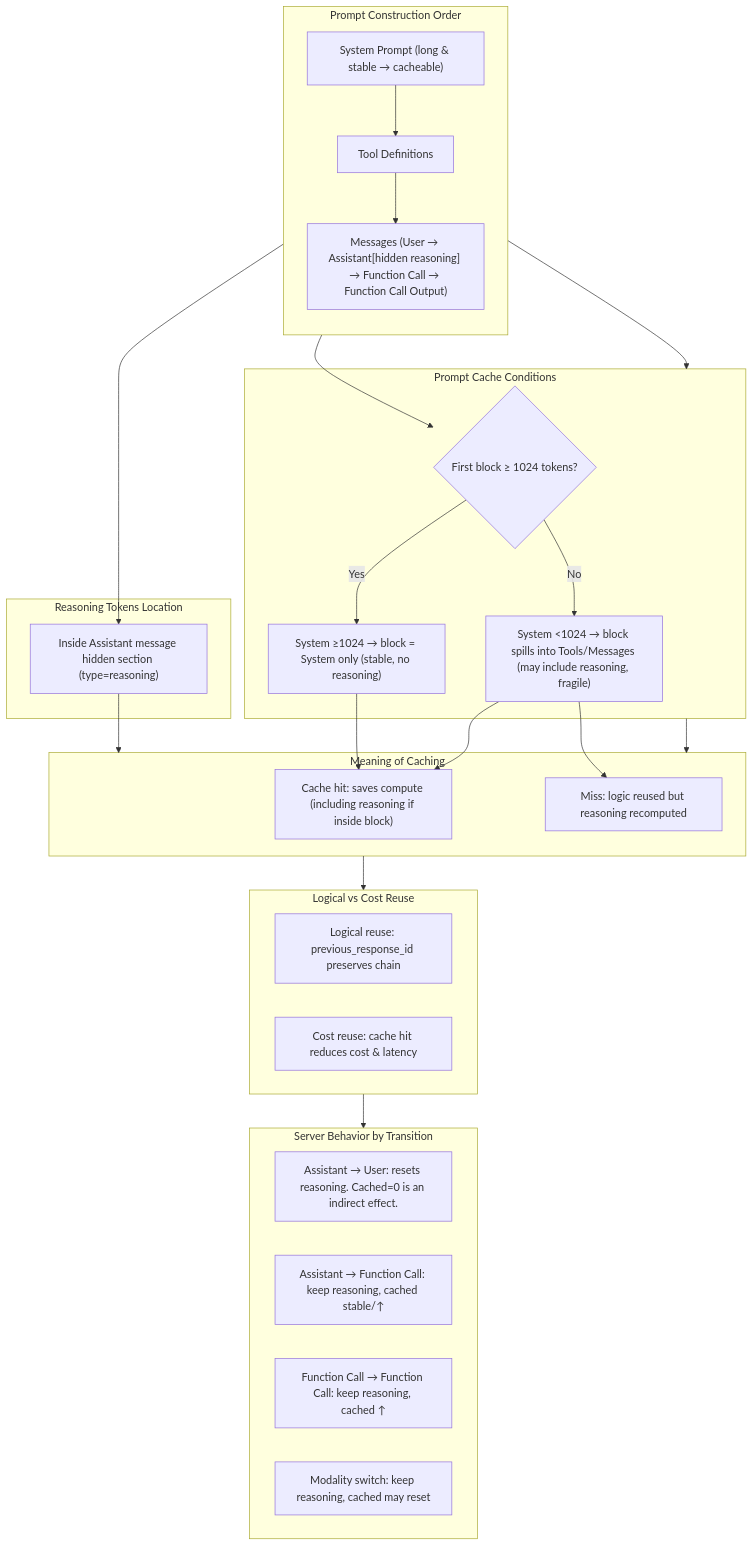
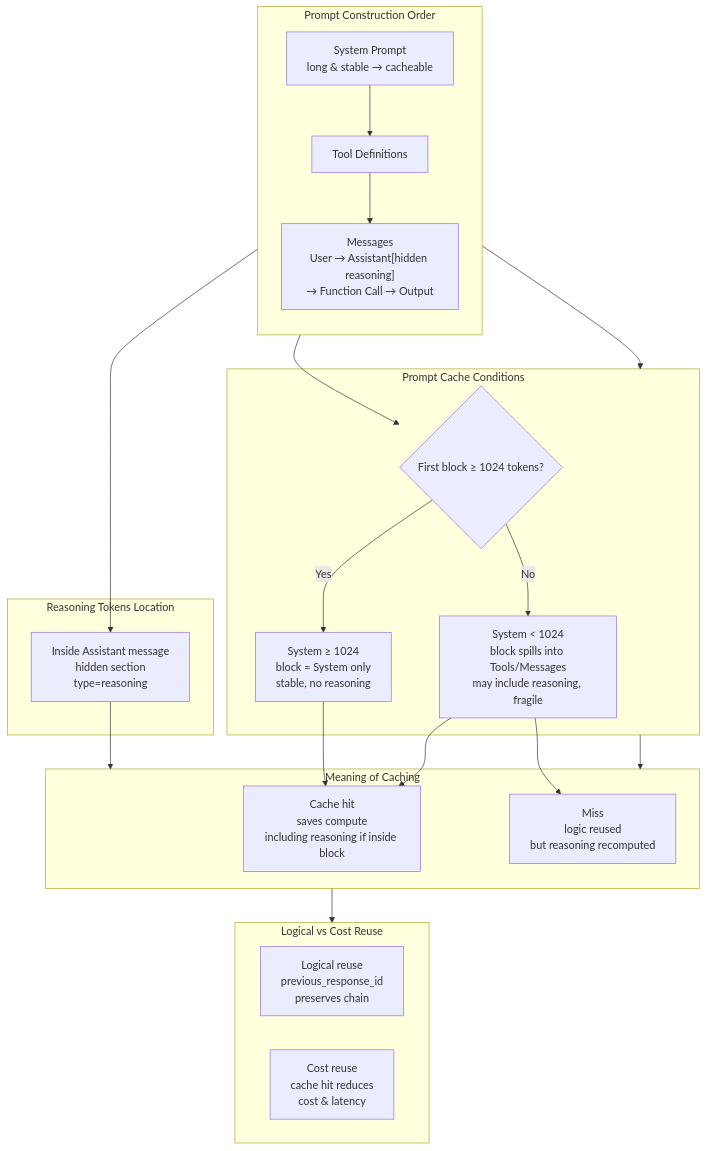
Before and after one commit to david-xinyuwei/david-share: the diagram in Agents/AOAI-GPT5-ResponseAPI/readme.md, drawn with Mermaid. The commit also changed other lines of this file and 1 other file, not shown here.

````diff
--- a/Agents/AOAI-GPT5-ResponseAPI/readme.md
+++ b/Agents/AOAI-GPT5-ResponseAPI/readme.md
@@ -147,50 +147,42 @@
 ```mermaid
 flowchart TB
 		subgraph PromptStructure["Prompt Construction Order"]
 				direction TB
-				Sys["System Prompt (long & stable → cacheable)"]
+				Sys["System Prompt<br/>long & stable → cacheable"]
 				Tools["Tool Definitions"]
-				Msgs["Messages (User → Assistant[hidden reasoning] → Function Call → Function Call Output)"]
+				Msgs["Messages<br/>User → Assistant[hidden reasoning]<br/>→ Function Call → Output"]
 				Sys --> Tools --> Msgs
 		end
 
 		subgraph COTPosition["Reasoning Tokens Location"]
-				COT["Inside Assistant message hidden section (type=reasoning)"]
+				COT["Inside Assistant message<br/>hidden section<br/>type=reasoning"]
 		end
 		Msgs --> COT
 
 		subgraph CacheCondition["Prompt Cache Conditions"]
 				LenCheck{"First block ≥ 1024 tokens?"}
-				SysOnly["System ≥1024 → block = System only (stable, no reasoning)"]
-				SysShort["System <1024 → block spills into Tools/Messages (may include reasoning, fragile)"]
+				SysOnly["System ≥ 1024<br/>block = System only<br/>stable, no reasoning"]
+				SysShort["System < 1024<br/>block spills into Tools/Messages<br/>may include reasoning, fragile"]
 				LenCheck -- Yes --> SysOnly
 				LenCheck -- No --> SysShort
 		end
 		Sys --> LenCheck
 
 		subgraph CacheMeaning["Meaning of Caching"]
-				SaveCost["Cache hit: saves compute (including reasoning if inside block)"]
-				NoSave["Miss: logic reused but reasoning recomputed"]
+				SaveCost["Cache hit<br/>saves compute<br/>including reasoning if inside block"]
+				NoSave["Miss<br/>logic reused<br/>but reasoning recomputed"]
 		end
 		SysOnly --> SaveCost
 		SysShort --> SaveCost
 		SysShort --> NoSave
 
 		subgraph LogicVsCost["Logical vs Cost Reuse"]
-				LogicReuse["Logical reuse: previous_response_id preserves chain"]
-				CostReuse["Cost reuse: cache hit reduces cost & latency"]
-		end
-
-		subgraph ServerBehavior["Server Behavior by Transition"]
-				AtoU["Assistant → User: resets reasoning. Cached=0 is an indirect effect."]
-				AtoF["Assistant → Function Call: keep reasoning, cached stable/↑"]
-				FtoF["Function Call → Function Call: keep reasoning, cached ↑"]
-				ModalSwitch["Modality switch: keep reasoning, cached may reset"]
+				LogicReuse["Logical reuse<br/>previous_response_id<br/>preserves chain"]
+				CostReuse["Cost reuse<br/>cache hit reduces<br/>cost & latency"]
 		end
 
 		CacheCondition --> CacheMeaning
 		PromptStructure --> CacheCondition
 		COT --> CacheMeaning
 		CacheMeaning --> LogicVsCost
-		LogicVsCost --> ServerBehavior
 ```
````
